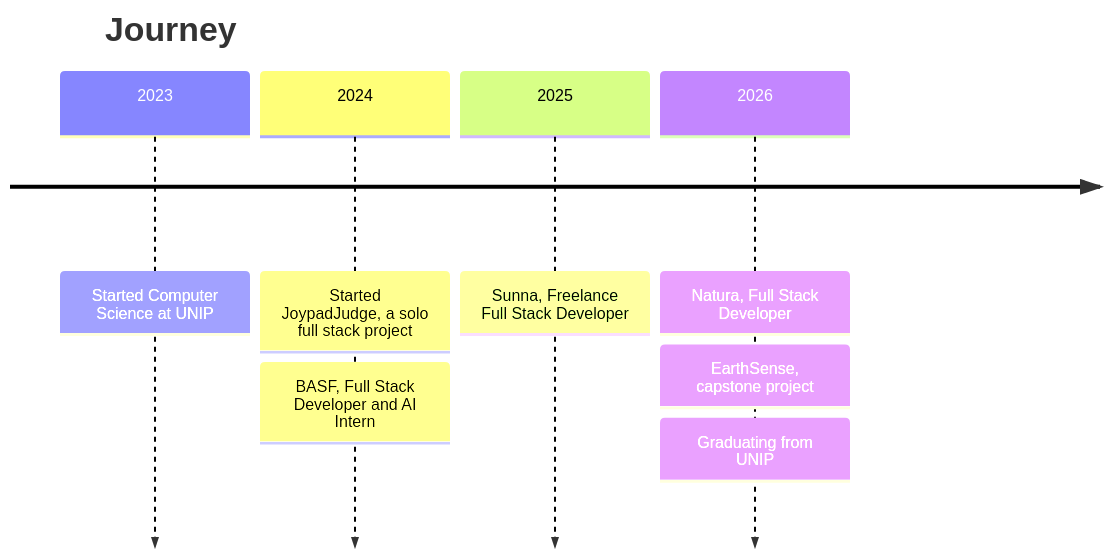
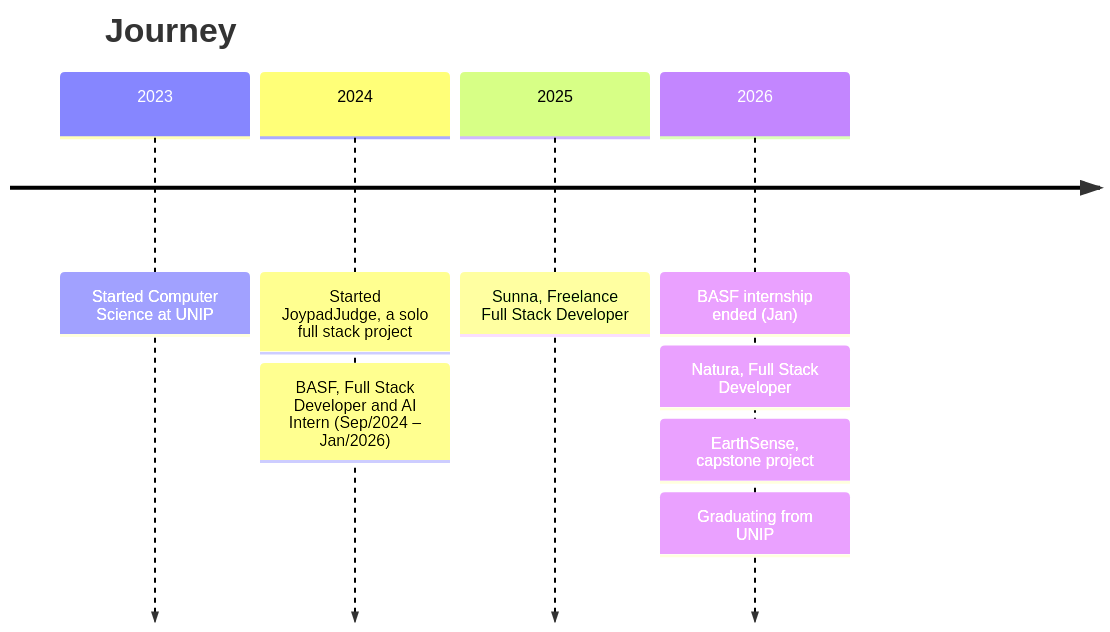
Before and after one commit to caiopa22/caiopa22: the fourth of 4 diagrams in README.md, drawn with Mermaid. The commit also changed other lines of this file, not shown here.

````diff
--- a/README.md
+++ b/README.md
@@ -125,11 +125,12 @@
 ```mermaid
 timeline
     title Journey
     2023 : Started Computer Science at UNIP
     2024 : Started JoypadJudge, a solo full stack project
-         : BASF, Full Stack Developer and AI Intern
+         : BASF, Full Stack Developer and AI Intern (Sep/2024 – Jan/2026)
     2025 : Sunna, Freelance Full Stack Developer
-    2026 : Natura, Full Stack Developer
+    2026 : BASF internship ended (Jan)
+         : Natura, Full Stack Developer
          : EarthSense, capstone project
          : Graduating from UNIP
 ```
````
